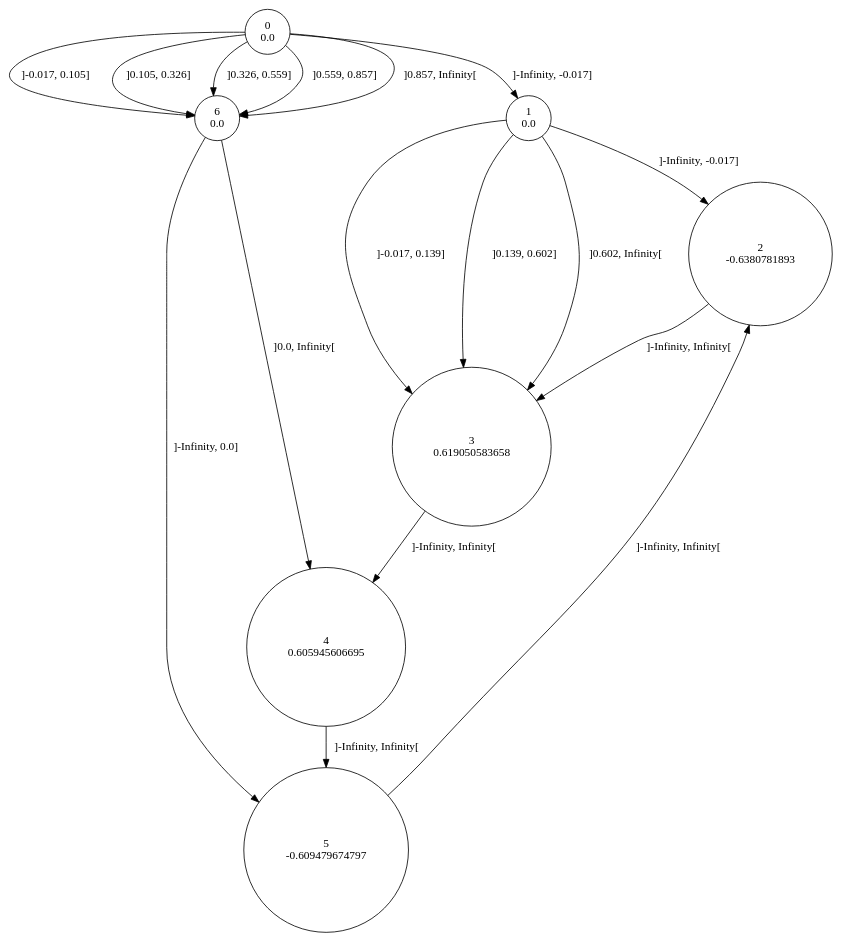
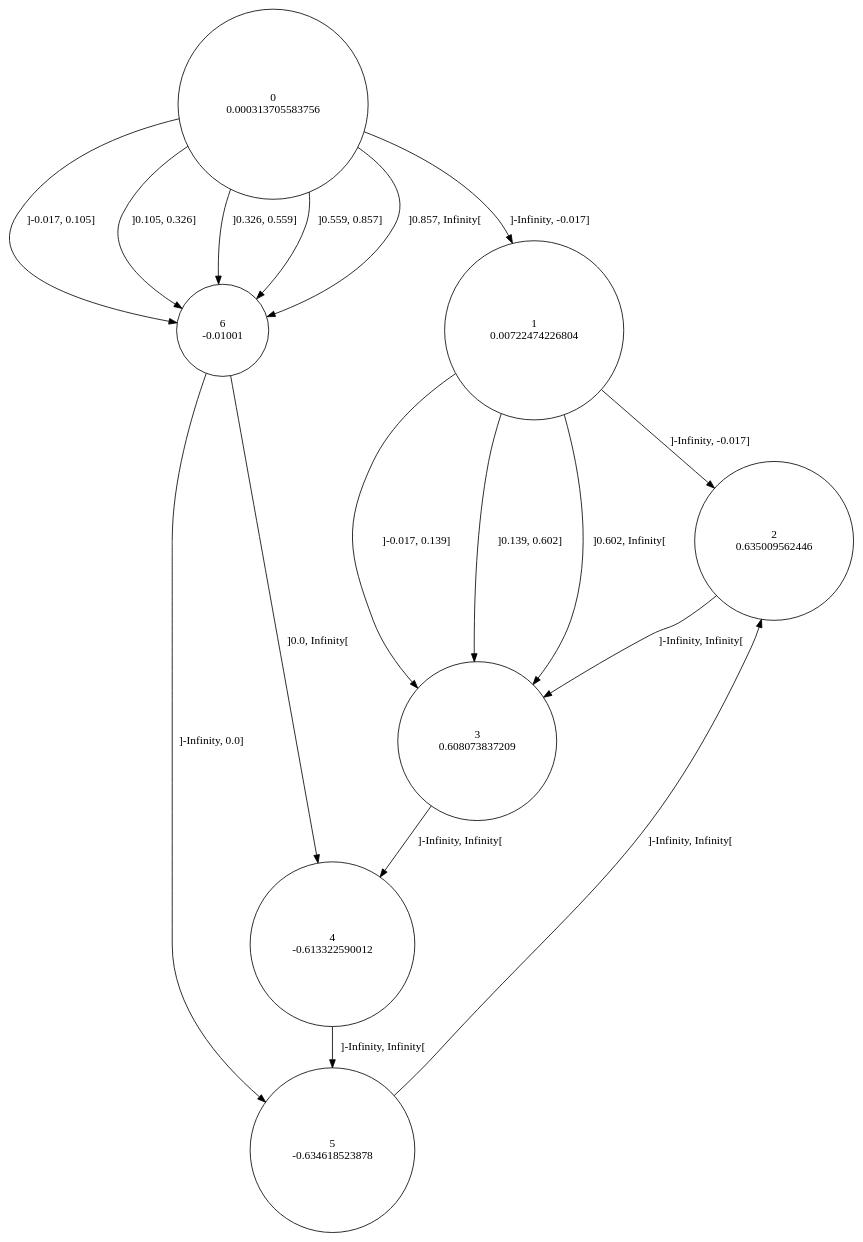
Before and after one commit to gllpellegrino/RAI_experiments: the diagram in sinus/data/5/rtitm.dot, drawn with Graphviz. The commit also changed 25 other files, not shown here.

```diff
--- a/sinus/data/5/rtitm.dot
+++ b/sinus/data/5/rtitm.dot
@@ -1,25 +1,25 @@
 digraph a {
-0 [shape=circle, label="0\n0.0"];
+0 [shape=circle, label="0\n0.000313705583756"];
 	0 -> 1 [label="]-Infinity, -0.017]"];
 	0 -> 6 [label="]-0.017, 0.105]"];
 	0 -> 6 [label="]0.105, 0.326]"];
 	0 -> 6 [label="]0.326, 0.559]"];
 	0 -> 6 [label="]0.559, 0.857]"];
 	0 -> 6 [label="]0.857, Infinity["];
-1 [shape=circle, label="1\n0.0"];
+1 [shape=circle, label="1\n0.00722474226804"];
 	1 -> 2 [label="]-Infinity, -0.017]"];
 	1 -> 3 [label="]-0.017, 0.139]"];
 	1 -> 3 [label="]0.139, 0.602]"];
 	1 -> 3 [label="]0.602, Infinity["];
-2 [shape=circle, label="2\n-0.6380781893"];
+2 [shape=circle, label="2\n0.635009562446"];
 	2 -> 3 [label="]-Infinity, Infinity["];
-3 [shape=circle, label="3\n0.619050583658"];
+3 [shape=circle, label="3\n0.608073837209"];
 	3 -> 4 [label="]-Infinity, Infinity["];
-4 [shape=circle, label="4\n0.605945606695"];
+4 [shape=circle, label="4\n-0.613322590012"];
 	4 -> 5 [label="]-Infinity, Infinity["];
-5 [shape=circle, label="5\n-0.609479674797"];
+5 [shape=circle, label="5\n-0.634618523878"];
 	5 -> 2 [label="]-Infinity, Infinity["];
-6 [shape=circle, label="6\n0.0"];
+6 [shape=circle, label="6\n-0.01001"];
 	6 -> 5 [label="]-Infinity, 0.0]"];
 	6 -> 4 [label="]0.0, Infinity["];
 }
```
